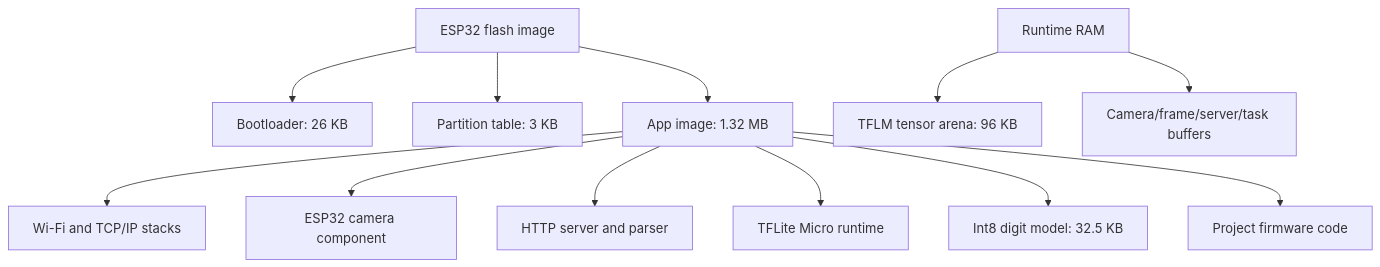
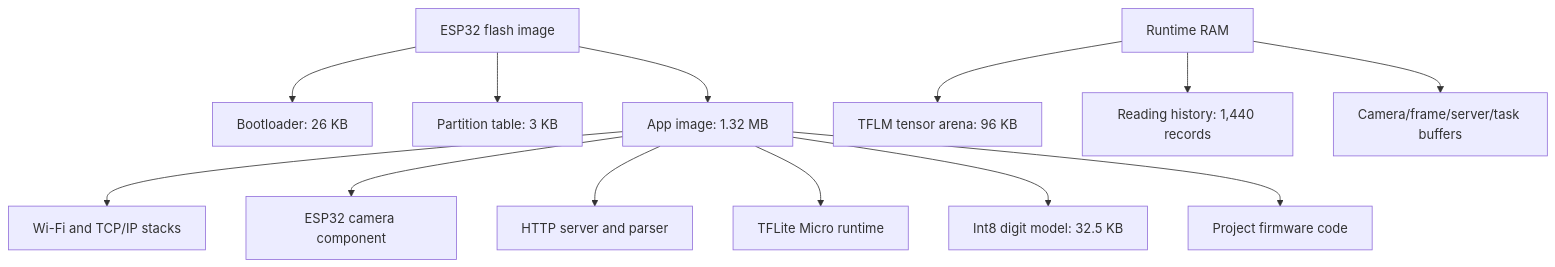
The second of 2 diagrams in documents/firmware_breakdown.md (marcelpetrick/esp32-fever-dream), drawn with Mermaid before and after one commit. The commit also changed other lines of this file and 4 other files, not shown here.

````diff
--- a/documents/firmware_breakdown.md
+++ b/documents/firmware_breakdown.md
@@ -86,16 +87,17 @@
 ```mermaid
 flowchart TD
     Flash[ESP32 flash image] --> Boot[Bootloader: 26 KB]
     Flash --> Part[Partition table: 3 KB]
     Flash --> App[App image: 1.32 MB]
 
     App --> Wifi[Wi-Fi and TCP/IP stacks]
     App --> Camera[ESP32 camera component]
     App --> Http[HTTP server and parser]
     App --> Tflm[TFLite Micro runtime]
     App --> Model[Int8 digit model: 32.5 KB]
     App --> AppCode[Project firmware code]
 
     RAM[Runtime RAM] --> Arena[TFLM tensor arena: 96 KB]
+    RAM --> History[Reading history: 1,440 records]
     RAM --> Buffers[Camera/frame/server/task buffers]
 ```
````
